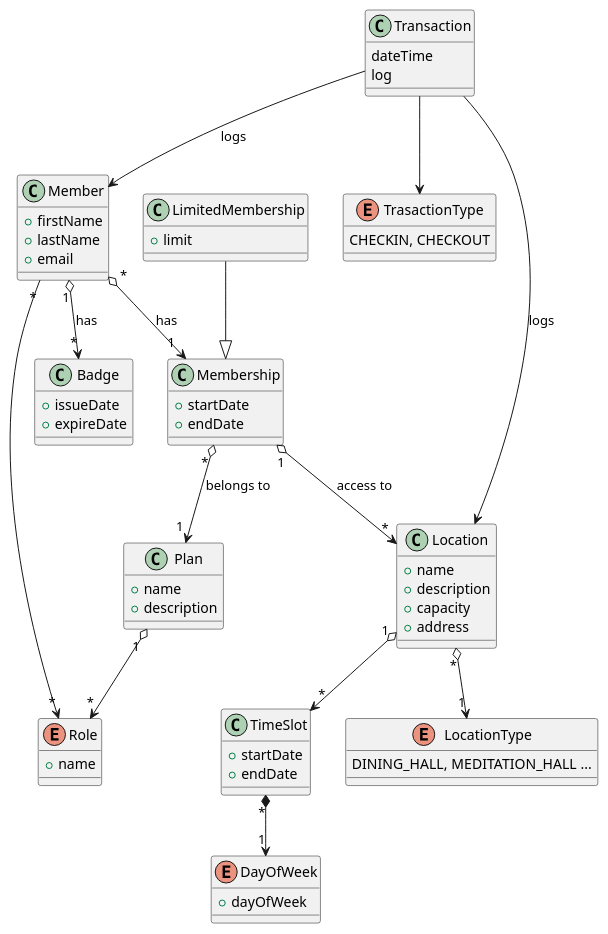
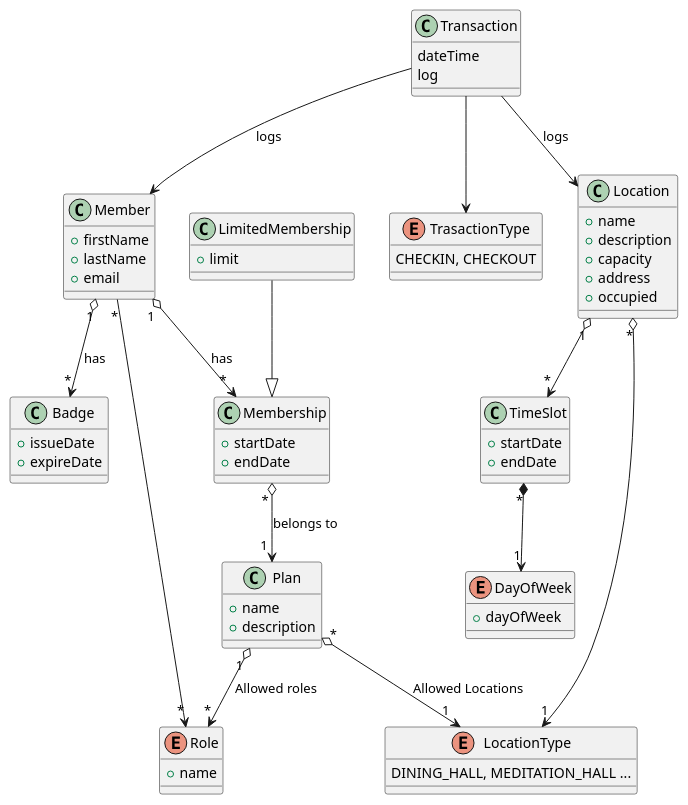
One commit to kgapparov/restful-badge-system changed the diagram in RestfullBadgeSystem.puml. Above: the diagram before and after it, drawn with PlantUML. The commit also changed 1 other file, not shown here.

Commit message:
Fix: Architecture
fixed architecture based on the meeting

```diff
--- a/RestfullBadgeSystem.puml
+++ b/RestfullBadgeSystem.puml
@@ -1,75 +1,76 @@
 @startuml
 class Badge {
     +issueDate
     +expireDate
 }
 
 
 class Member {
     +firstName
     +lastName
     +email
 }
 
 
 class Membership{
     +startDate
     +endDate
 }
 
 class Plan {
     +name
     +description
 }
 
 enum Role {
     +name
 }
 
 class Location {
     +name
     +description
     +capacity
     +address
+    +occupied
 }
 
 class LimitedMembership {
  +limit
 }
 
 class TimeSlot {
     +startDate
     +endDate
 }
 
 enum DayOfWeek {
     +dayOfWeek
 }
 
 class Transaction {
     dateTime
     log
 }
 enum TrasactionType {
     CHECKIN, CHECKOUT
 }
 enum LocationType {
     DINING_HALL, MEDITATION_HALL ...
 }
 
 Member "1" o--> "*" Badge: has
-Member " * " o--> " 1 " Membership : has
+Member " 1 " o--> " * " Membership : has
 Membership " * " o-->" 1 " Plan: belongs to
-Membership "1" o--> "*" Location: access to
 LimitedMembership --|> Membership
-Plan "1 " o--> "*" Role
+Plan "1 " o--> "*" Role : Allowed roles
 Location "1" o-->"*" TimeSlot
 Location "*" o--> "1" LocationType
 TimeSlot "*" *--> "1" DayOfWeek
+Plan "*" o--> "1" LocationType : Allowed Locations
 
 Role "*" <-- "*" Member
 Transaction --> Member: logs
 Transaction --> Location: logs
 Transaction --> TrasactionType
 
 @enduml
```
